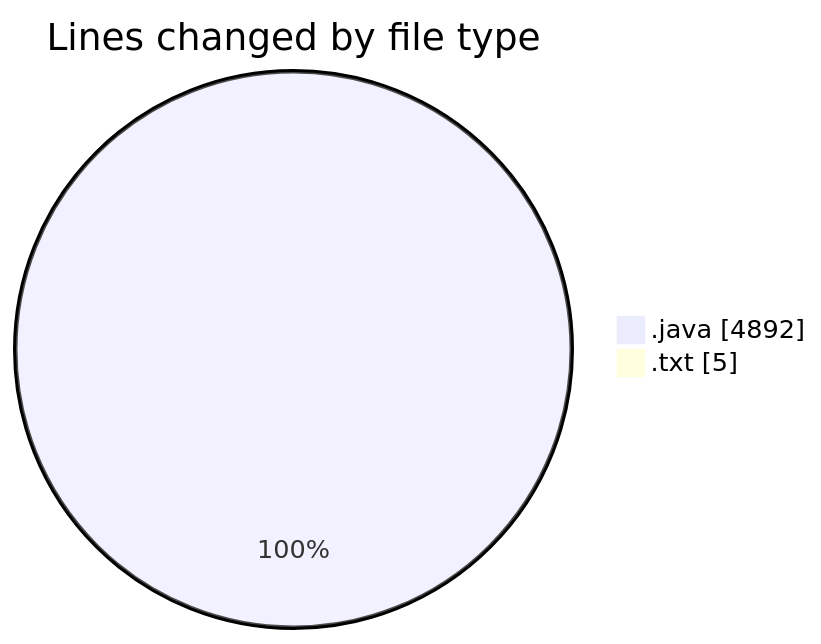
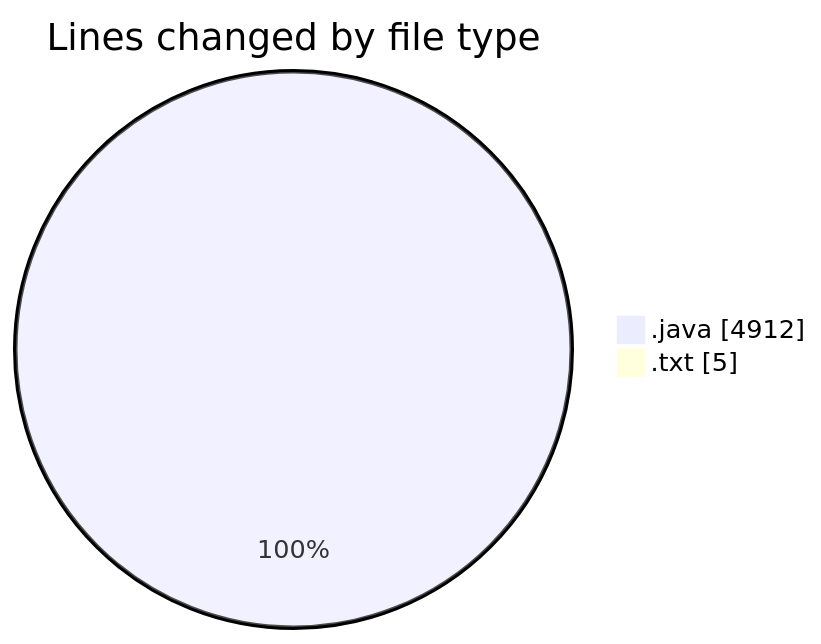
The first of 2 diagrams in 2026-03-19/cilapp/README.md (ricardozamudiocil/code-tracking), drawn with Mermaid before and after one commit. The commit also changed other lines of this file and 1 other file, not shown here.

````diff
--- a/2026-03-19/cilapp/README.md
+++ b/2026-03-19/cilapp/README.md
@@ -23,6 +23,6 @@
 ```mermaid
 pie showData
 title Lines changed by file type
-".java" : 4892
+".java" : 4912
 ".txt" : 5
 ```
````
